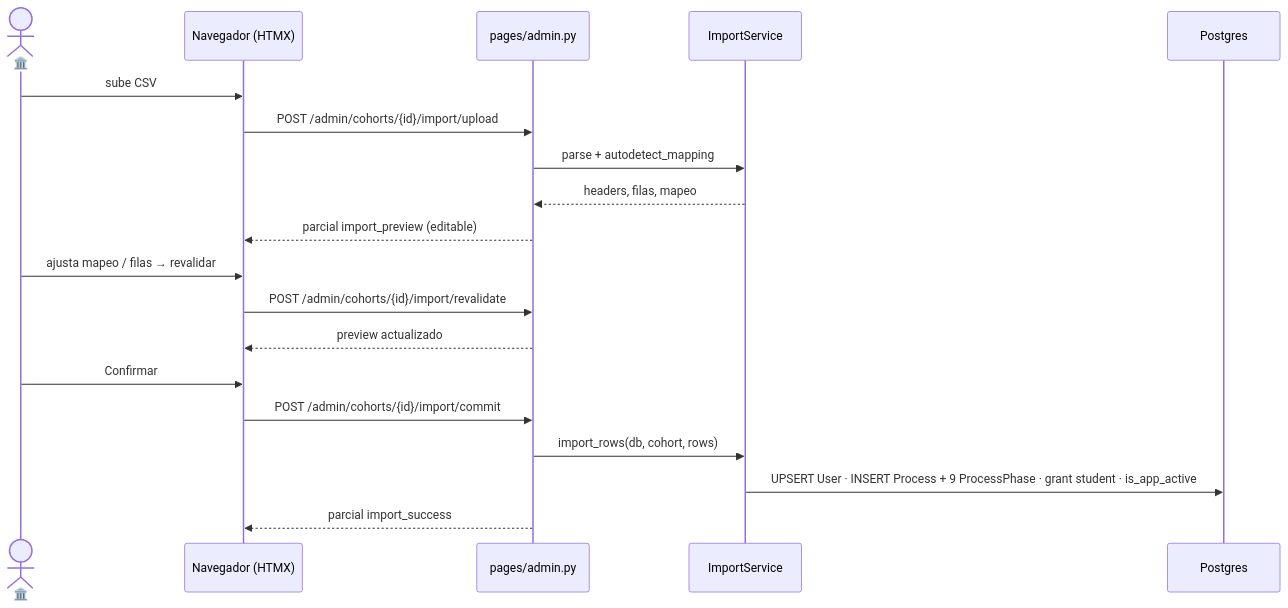
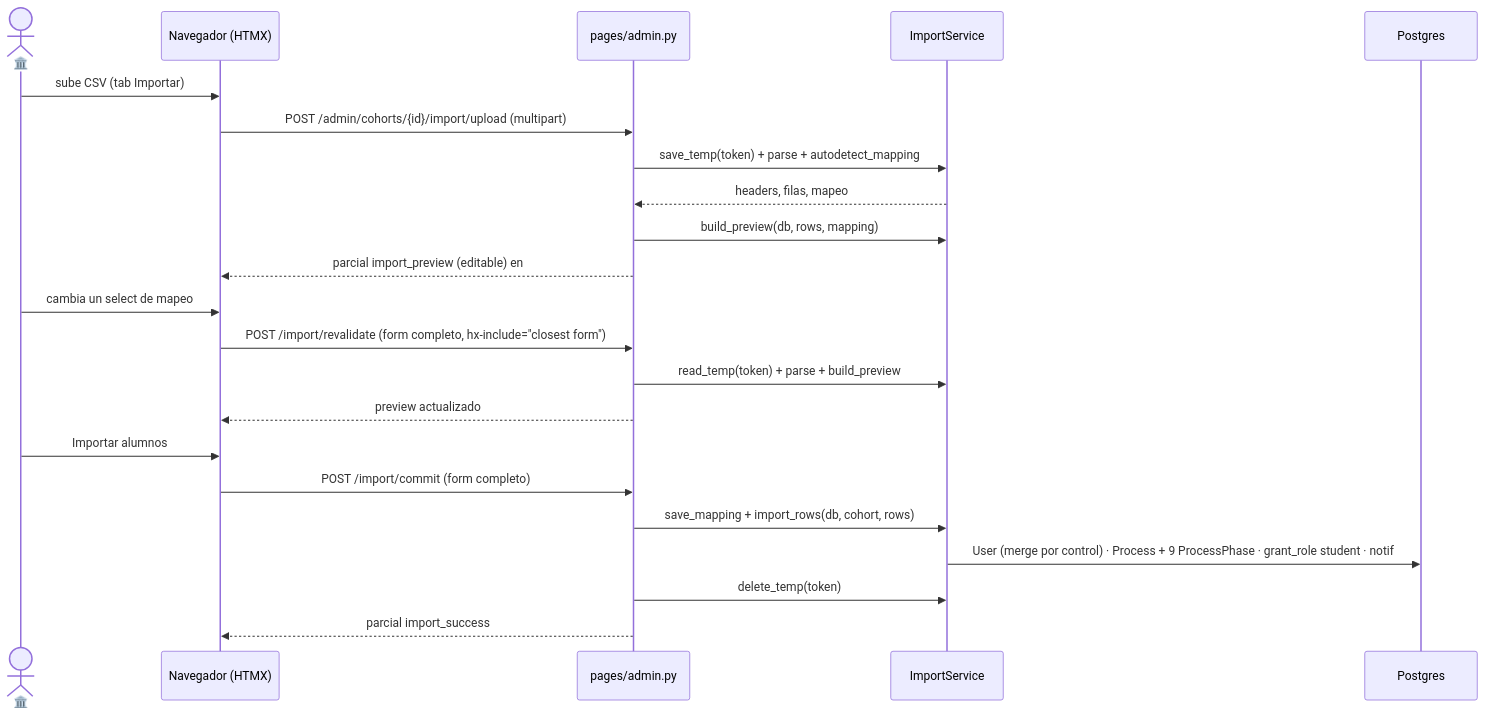
Before and after one commit to Erne1357/itcj: the diagram in itcj2/apps/titulatec/docs/flows/phase0_school_services_import_csv.md, drawn with Mermaid. The commit also changed other lines of this file and 14 other files, not shown here.

````diff
--- a/itcj2/apps/titulatec/docs/flows/phase0_school_services_import_csv.md
+++ b/itcj2/apps/titulatec/docs/flows/phase0_school_services_import_csv.md
@@ -23,21 +35,24 @@
 ```mermaid
 sequenceDiagram
     actor S as 🏛️
     participant FE as Navegador (HTMX)
     participant API as pages/admin.py
     participant IS as ImportService
     participant DB as Postgres
-    S->>FE: sube CSV
-    FE->>API: POST /admin/cohorts/{id}/import/upload
-    API->>IS: parse + autodetect_mapping
+    S->>FE: sube CSV (tab Importar)
+    FE->>API: POST /admin/cohorts/{id}/import/upload (multipart)
+    API->>IS: save_temp(token) + parse + autodetect_mapping
     IS-->>API: headers, filas, mapeo
-    API-->>FE: parcial import_preview (editable)
-    S->>FE: ajusta mapeo / filas → revalidar
-    FE->>API: POST /admin/cohorts/{id}/import/revalidate
+    API->>IS: build_preview(db, rows, mapping)
+    API-->>FE: parcial import_preview (editable) en #import-body
+    S->>FE: cambia un select de mapeo
+    FE->>API: POST /import/revalidate (form completo, hx-include="closest form")
+    API->>IS: read_temp(token) + parse + build_preview
     API-->>FE: preview actualizado
-    S->>FE: Confirmar
-    FE->>API: POST /admin/cohorts/{id}/import/commit
-    API->>IS: import_rows(db, cohort, rows)
-    IS->>DB: UPSERT User · INSERT Process + 9 ProcessPhase · grant student · is_app_active
+    S->>FE: Importar alumnos
+    FE->>API: POST /import/commit (form completo)
+    API->>IS: save_mapping + import_rows(db, cohort, rows)
+    IS->>DB: User (merge por control) · Process + 9 ProcessPhase · grant_role student · notif
+    API->>IS: delete_temp(token)
     API-->>FE: parcial import_success
 ```
````
